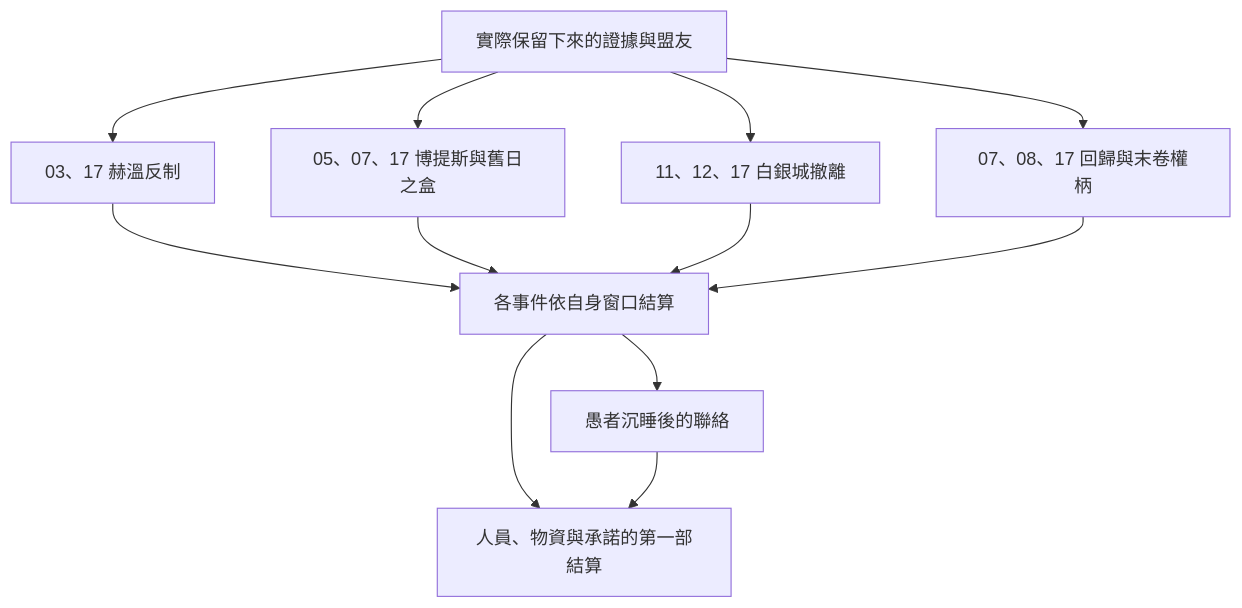
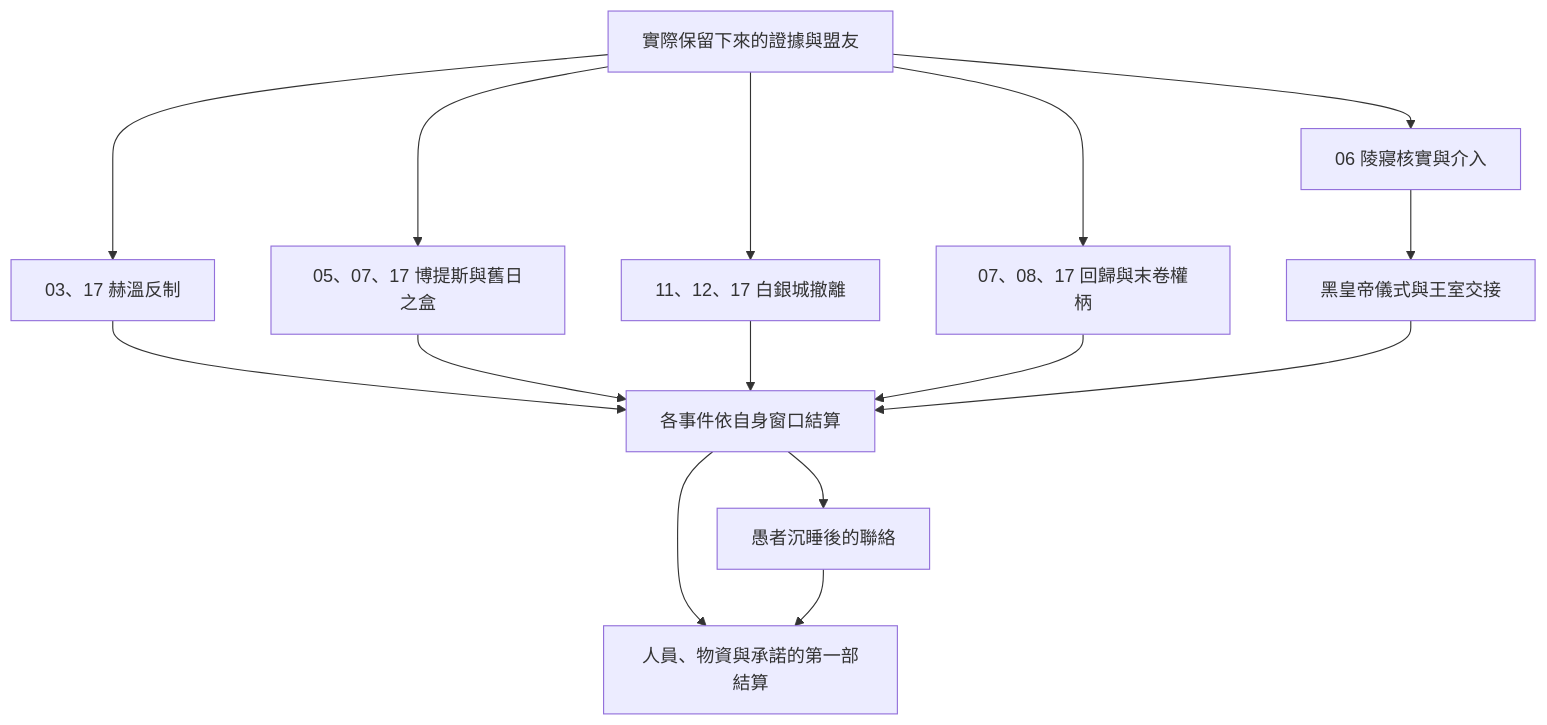
The sixth of 7 diagrams in game/events/part_one_story_tree.md (dragon961204-cmd/-), drawn with Mermaid before and after one commit. The commit also changed other lines of this file, not shown here.

````diff
--- a/game/events/part_one_story_tree.md
+++ b/game/events/part_one_story_tree.md
@@ -136,14 +136,17 @@
 ```mermaid
 flowchart TD
     A["實際保留下來的證據與盟友"] --> B["03、17 赫溫反制"]
     A --> C["05、07、17 博提斯與舊日之盒"]
     A --> D["11、12、17 白銀城撤離"]
     A --> E["07、08、17 回歸與末卷權柄"]
     B --> F["各事件依自身窗口結算"]
     C --> F
     D --> F
     E --> F
+    A --> J["06 陵寢核實與介入"]
+    J --> K["黑皇帝儀式與王室交接"]
+    K --> F
     F --> G["愚者沉睡後的聯絡"]
     F --> H["人員、物資與承諾的第一部結算"]
     G --> H
 ```
````
